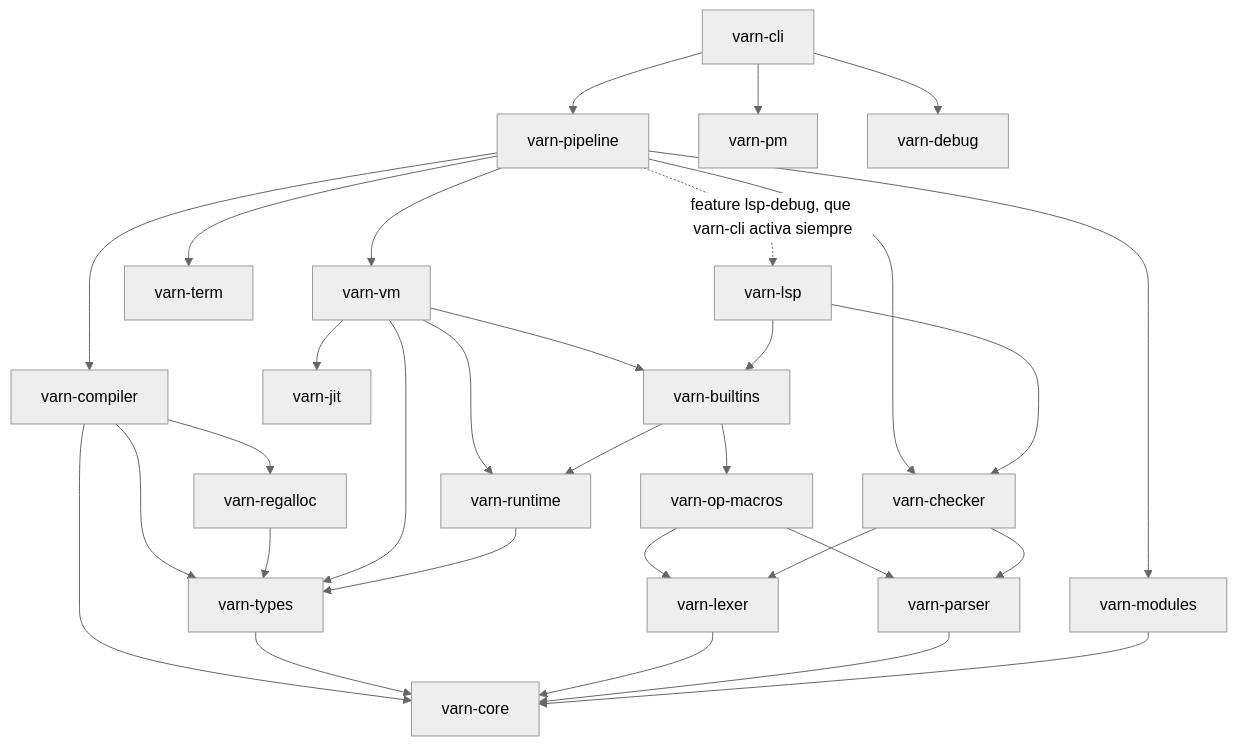
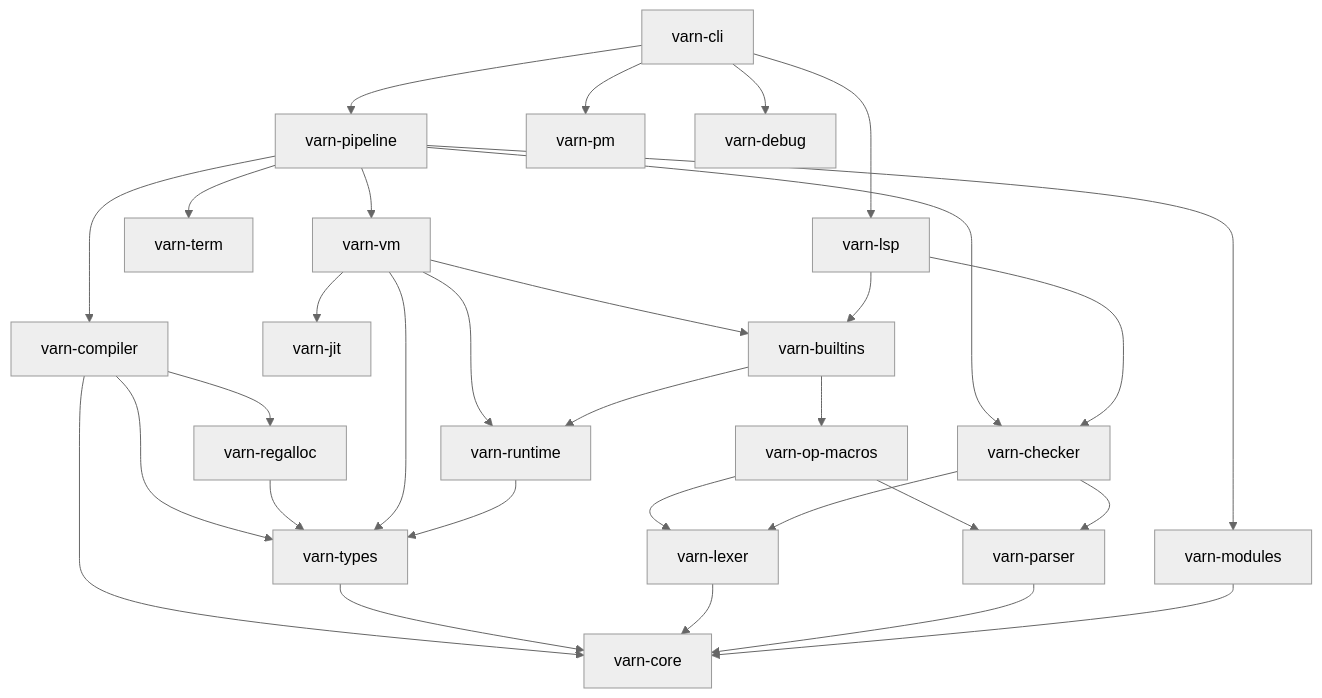
Before and after one commit to carlos-burelo/varn: the diagram in docs/CRATES_STATE.md, drawn with Mermaid (neutral theme). The commit also changed other lines of this file and 23 other files, not shown here.

First line of the commit message:
refactor: cut the varn-pipeline -> varn-lsp edge, and fix `debug -p types`

````diff
--- a/docs/CRATES_STATE.md
+++ b/docs/CRATES_STATE.md
@@ -22,39 +22,39 @@
 ```mermaid
 graph TD
     CLI["varn-cli"] --> Pipeline["varn-pipeline"]
     CLI --> PM["varn-pm"]
     CLI --> Debug["varn-debug"]
 
     Pipeline --> Checker["varn-checker"]
     Pipeline --> Opt["varn-compiler"]
     Pipeline --> VM["varn-vm"]
     Pipeline --> Modules["varn-modules"]
     Pipeline --> Term["varn-term"]
-    Pipeline -.->|"feature lsp-debug, que varn-cli activa siempre"| LSP["varn-lsp"]
 
     Opt --> Backend["varn-regalloc"]
     Opt --> Core["varn-core"]
     Opt --> Types["varn-types"]
     Backend --> Types
 
     VM --> Types
     VM --> JIT["varn-jit"]
     VM --> Builtins["varn-builtins"]
     VM --> Runtime["varn-runtime"]
 
     Builtins --> OpMacros["varn-op-macros"]
     Builtins --> Runtime
     OpMacros --> Parser["varn-parser"]
     OpMacros --> Lexer["varn-lexer"]
 
     Checker --> Lexer
     Checker --> Parser
+    CLI --> LSP["varn-lsp"]
     LSP --> Checker
     LSP --> Builtins
 
     Types --> Core
     Runtime --> Types
     Lexer --> Core
     Parser --> Core
     Modules --> Core
 ```
````
